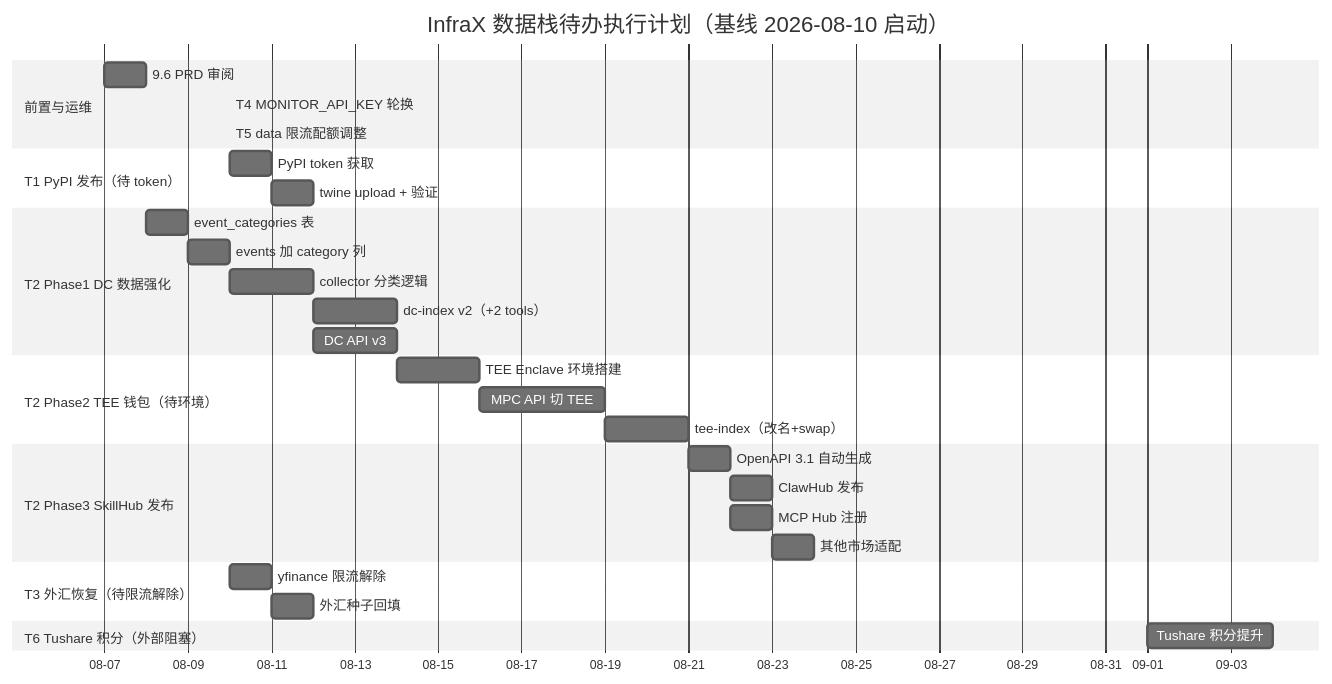
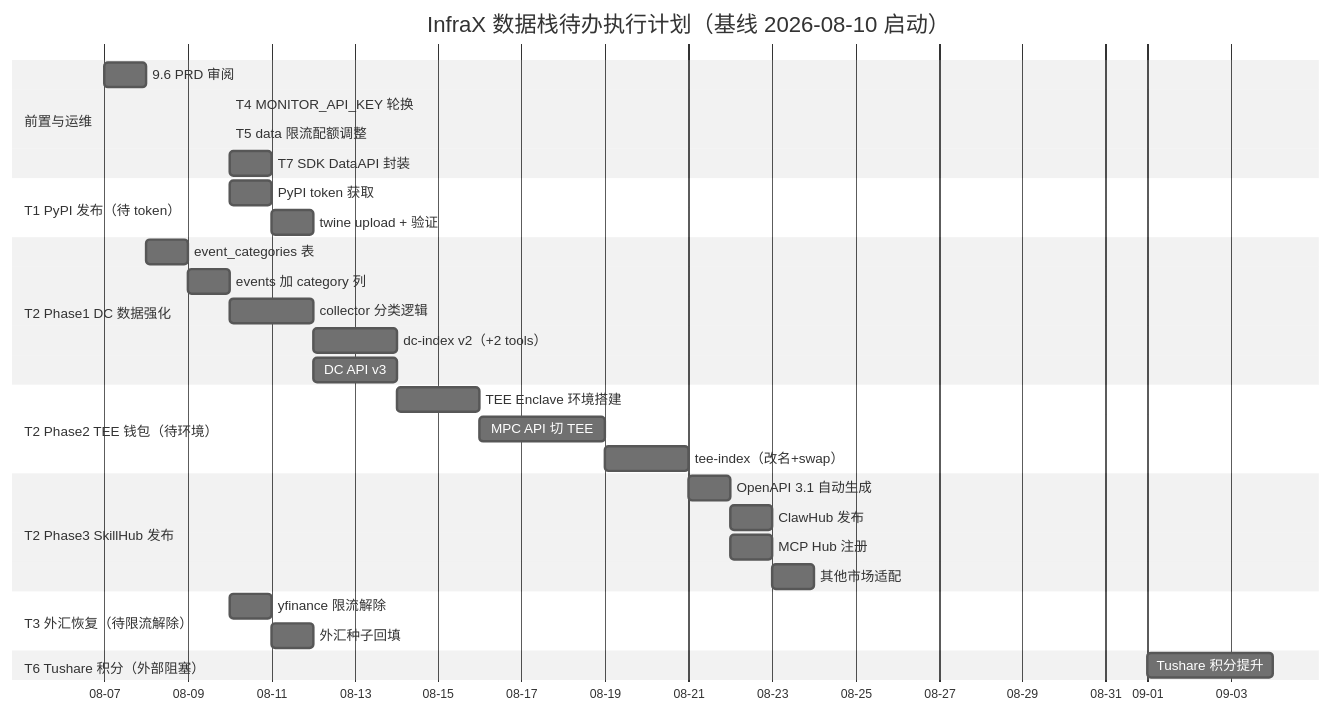
Before and after one commit to sftgroup/infraX: the diagram in docs/EXECUTION_PLAN_GANTT.md, drawn with Mermaid (neutral theme). The commit also changed other lines of this file and 16 other files, not shown here.

First line of the commit message:
feat(sdk,mcp,infra): SDK DataAPI 封装 + hub-index 补 4 个 data 工具 + OXA RPC 切换

````diff
--- a/docs/EXECUTION_PLAN_GANTT.md
+++ b/docs/EXECUTION_PLAN_GANTT.md
@@ -24,40 +25,41 @@
 ```mermaid
 gantt
     title InfraX 数据栈待办执行计划（基线 2026-08-10 启动）
     dateFormat YYYY-MM-DD
     axisFormat %m-%d
 
     section 前置与运维
     9.6 PRD 审阅            :prd, 2026-08-07, 1d
     T4 MONITOR_API_KEY 轮换  :t4, 2026-08-10, 0.2d
     T5 data 限流配额调整     :t5, 2026-08-10, 0.2d
+    T7 SDK DataAPI 封装      :t7, 2026-08-10, 1d
 
     section T1 PyPI 发布（待 token）
     PyPI token 获取         :p1, 2026-08-10, 0.5d
     twine upload + 验证     :p2, after p1, 0.5d
 
     section T2 Phase1 DC 数据强化
     event_categories 表     :d1, after prd, 1d
     events 加 category 列   :d2, after d1, 0.5d
     collector 分类逻辑      :d3, after d2, 2d
     dc-index v2（+2 tools） :d4, after d3, 2d
     DC API v3               :d5, after d3, 2d
 
     section T2 Phase2 TEE 钱包（待环境）
     TEE Enclave 环境搭建    :e1, after d4, 2d
     MPC API 切 TEE          :e2, after e1, 3d
     tee-index（改名+swap）  :e3, after e2, 2d
 
     section T2 Phase3 SkillHub 发布
     OpenAPI 3.1 自动生成    :s2, after e3, 1d
     ClawHub 发布            :s3, after s2, 0.5d
     MCP Hub 注册            :s4, after s2, 0.5d
     其他市场适配            :s5, after s3, 1d
 
     section T3 外汇恢复（待限流解除）
     yfinance 限流解除       :y1, 2026-08-10, 1d
     外汇种子回填            :y2, after y1, 0.5d
 
     section T6 Tushare 积分（外部阻塞）
     Tushare 积分提升        :u1, 2026-09-01, 3d
 ```
````
